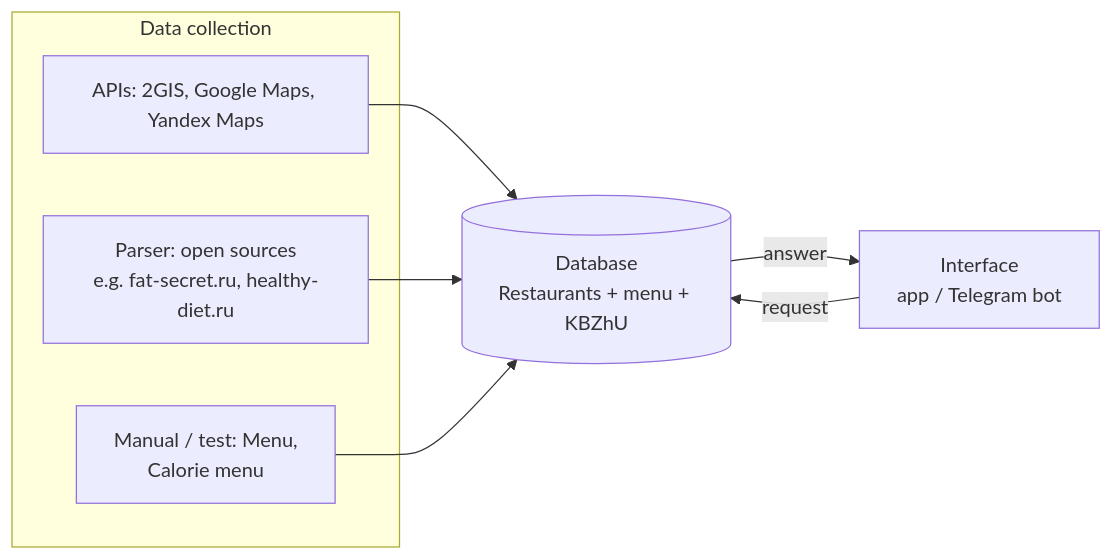
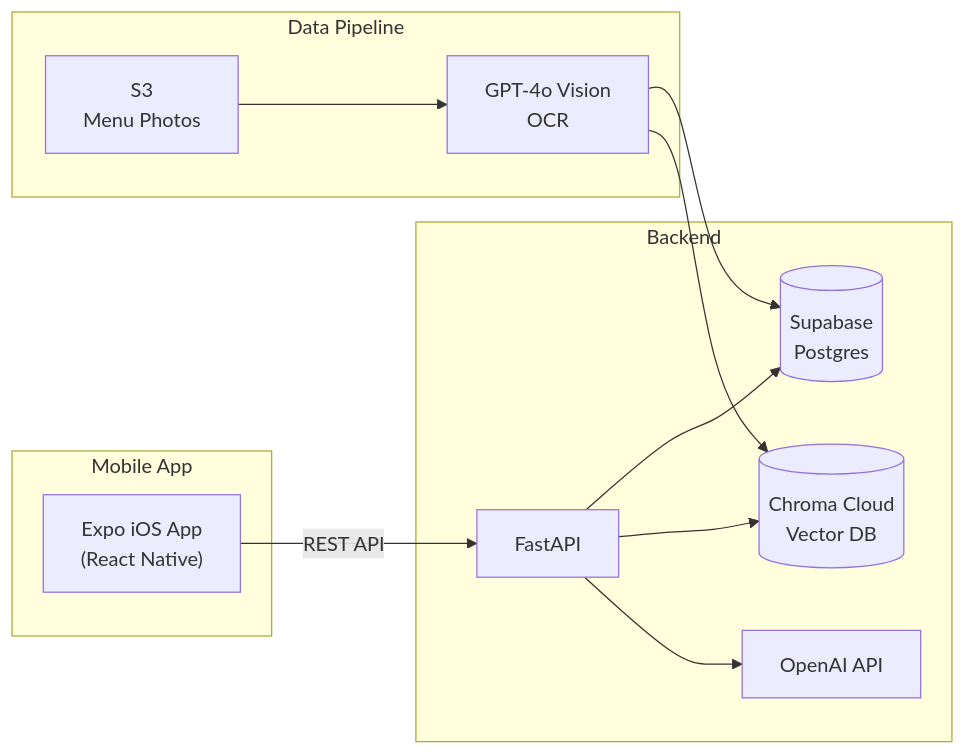
Before and after one commit to PaulPchel/first_agent_code: the diagram in README.md, drawn with Mermaid. The commit also changed other lines of this file and 17 other files, not shown here.

Commit message:
Add React Native (Expo) mobile app for iOS

````diff
--- a/README.md
+++ b/README.md
@@ -74,15 +9,23 @@
 ```mermaid
 flowchart LR
-  subgraph inputs [Data collection]
-    APIs["APIs: 2GIS, Google Maps, Yandex Maps"]
-    Parser["Parser: open sources\ne.g. fat-secret.ru, healthy-diet.ru"]
-    Manual["Manual / test: Menu,\nCalorie menu"]
+  subgraph client [Mobile App]
+    Expo["Expo iOS App\n(React Native)"]
   end
-  DB[("Database\nRestaurants + menu + KBZhU")]
-  UI["Interface\napp / Telegram bot"]
-  APIs --> DB
-  Parser --> DB
-  Manual --> DB
-  UI -->|request| DB
-  DB -->|answer| UI
+  subgraph backend [Backend]
+    API["FastAPI"]
+    DB[("Supabase\nPostgres")]
+    Chroma[("Chroma Cloud\nVector DB")]
+    OpenAI["OpenAI API"]
+  end
+  subgraph pipeline [Data Pipeline]
+    S3["S3\nMenu Photos"]
+    OCR["GPT-4o Vision\nOCR"]
+  end
+  Expo -->|REST API| API
+  API --> DB
+  API --> Chroma
+  API --> OpenAI
+  S3 --> OCR
+  OCR --> DB
+  OCR --> Chroma
 ```
````
